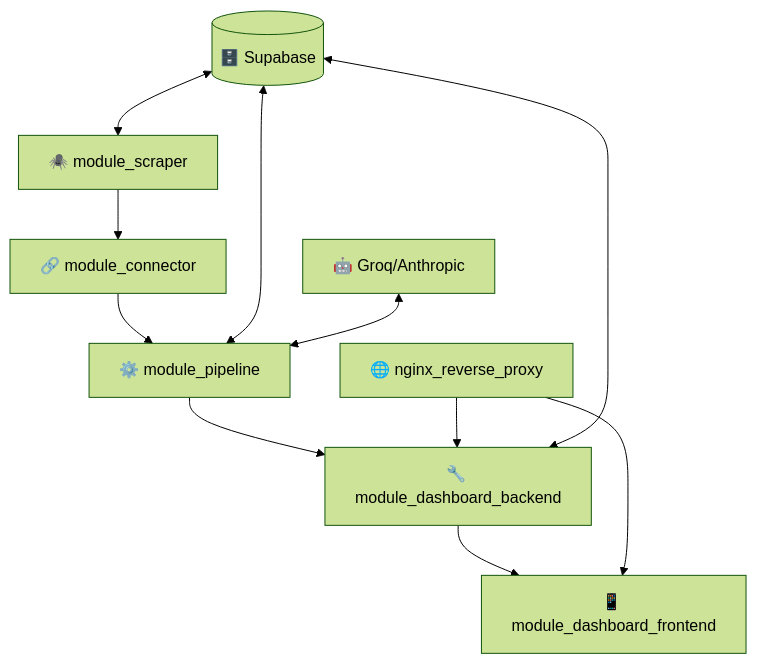
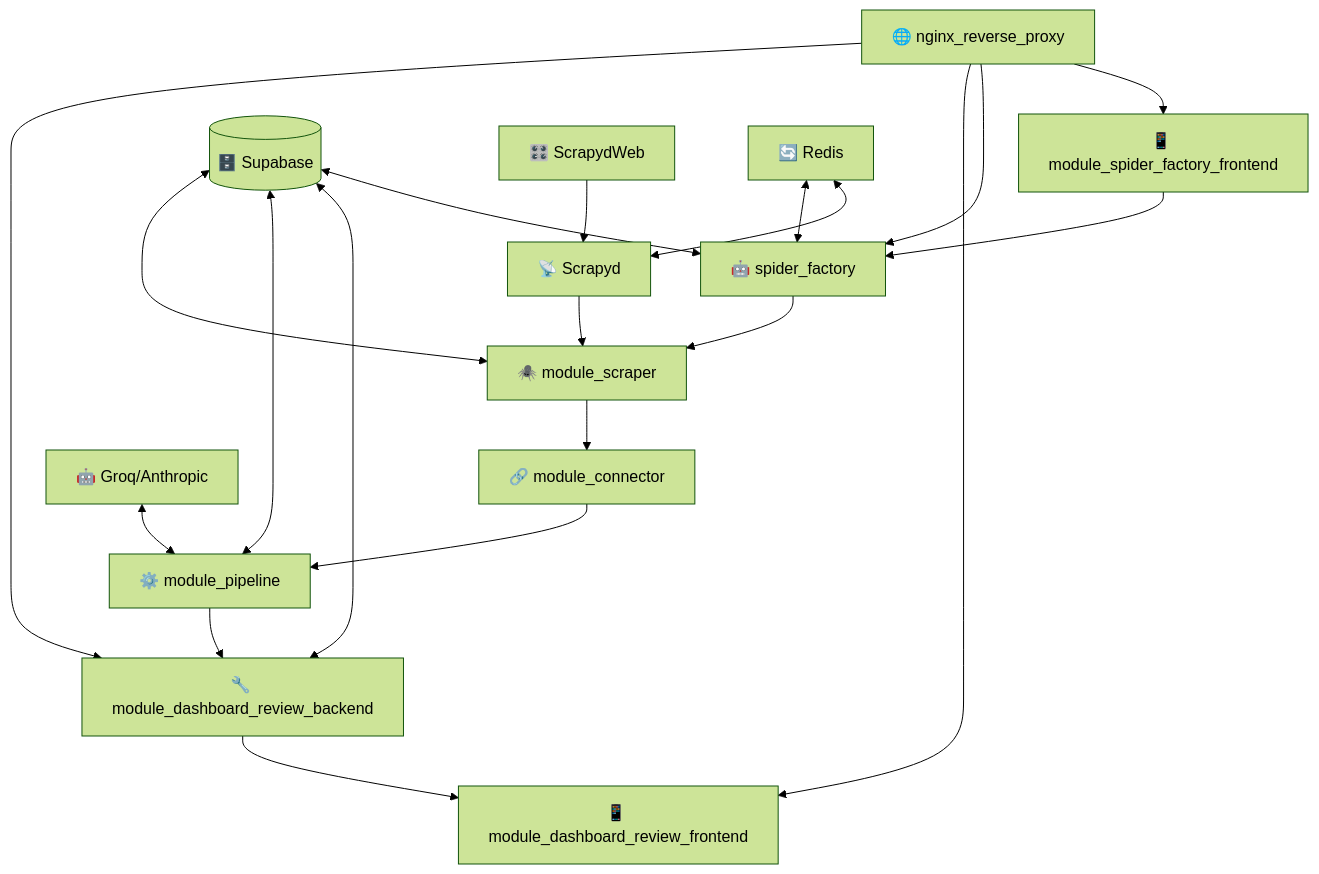
The diagram in README.md (agchaparroh/LaMaquinaDeNoticias), drawn with Mermaid (forest theme) before and after one commit. The commit also changed other lines of this file and 98 other files, not shown here.

````diff
--- a/README.md
+++ b/README.md
@@ -17,13 +17,22 @@
 ```mermaid
 graph TD
     A[🕷️ module_scraper] --> B[🔗 module_connector]
     B --> C[⚙️ module_pipeline] 
-    C --> D[🔧 module_dashboard_backend]
-    D --> E[📱 module_dashboard_frontend]
+    C --> D[🔧 module_dashboard_review_backend]
+    D --> E[📱 module_dashboard_review_frontend]
     F[🌐 nginx_reverse_proxy] --> D
     F --> E
+    F --> I
+    F --> J
     G[(🗄️ Supabase)] <--> A
     G <--> C
     G <--> D
+    G <--> I
     H[🤖 Groq/Anthropic] <--> C
+    I[🤖 spider_factory] --> A
+    J[📱 module_spider_factory_frontend] --> I
+    K[📡 Scrapyd] --> A
+    L[🎛️ ScrapydWeb] --> K
+    M[🔄 Redis] <--> I
+    M <--> K
 ```
````
